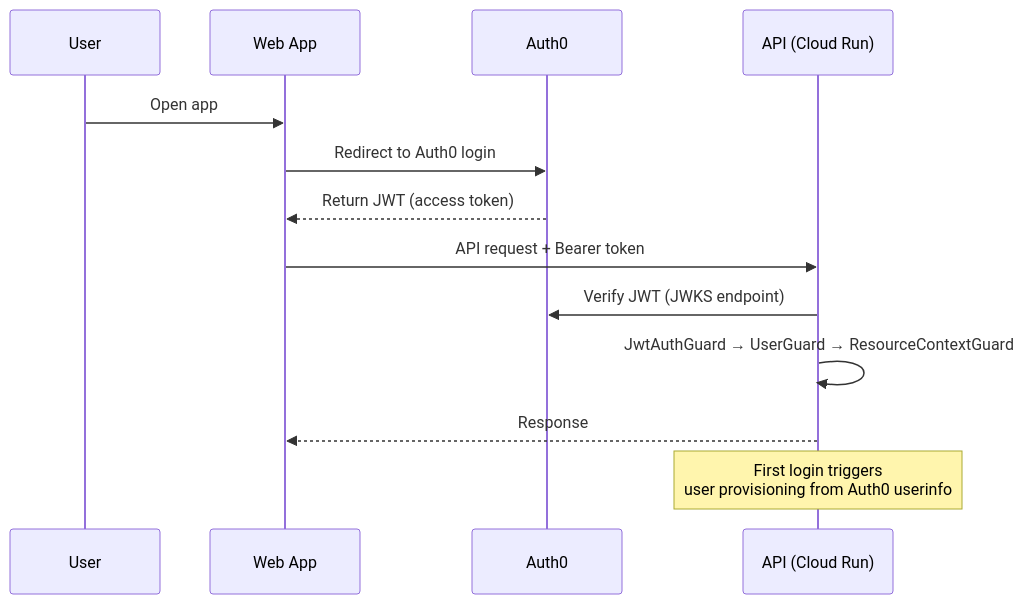
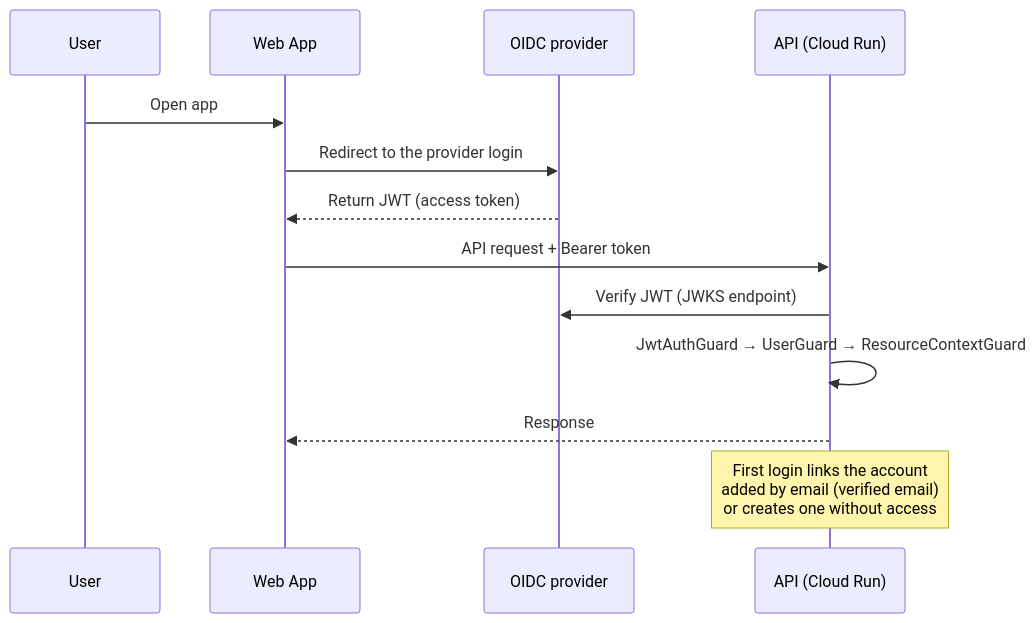
The second of 3 diagrams in docs/architecture.md (bayesimpact/bayes-platform), drawn with Mermaid before and after one commit. The commit also changed other lines of this file and 461 other files, not shown here.

First line of the commit message:
feat: sign in with any OpenID Connect provider and grant access by email (#894)

````diff
--- a/docs/architecture.md
+++ b/docs/architecture.md
@@ -138,16 +137,16 @@
 ```mermaid
 sequenceDiagram
     participant U as User
     participant W as Web App
-    participant A as Auth0
+    participant A as OIDC provider
     participant API as API (Cloud Run)
 
     U->>W: Open app
-    W->>A: Redirect to Auth0 login
+    W->>A: Redirect to the provider login
     A-->>W: Return JWT (access token)
     W->>API: API request + Bearer token
     API->>A: Verify JWT (JWKS endpoint)
     API->>API: JwtAuthGuard → UserGuard → ResourceContextGuard
     API-->>W: Response
-    Note over API: First login triggers<br/>user provisioning from Auth0 userinfo
+    Note over API: First login links the account<br/>added by email (verified email)<br/>or creates one without access
 ```
````
